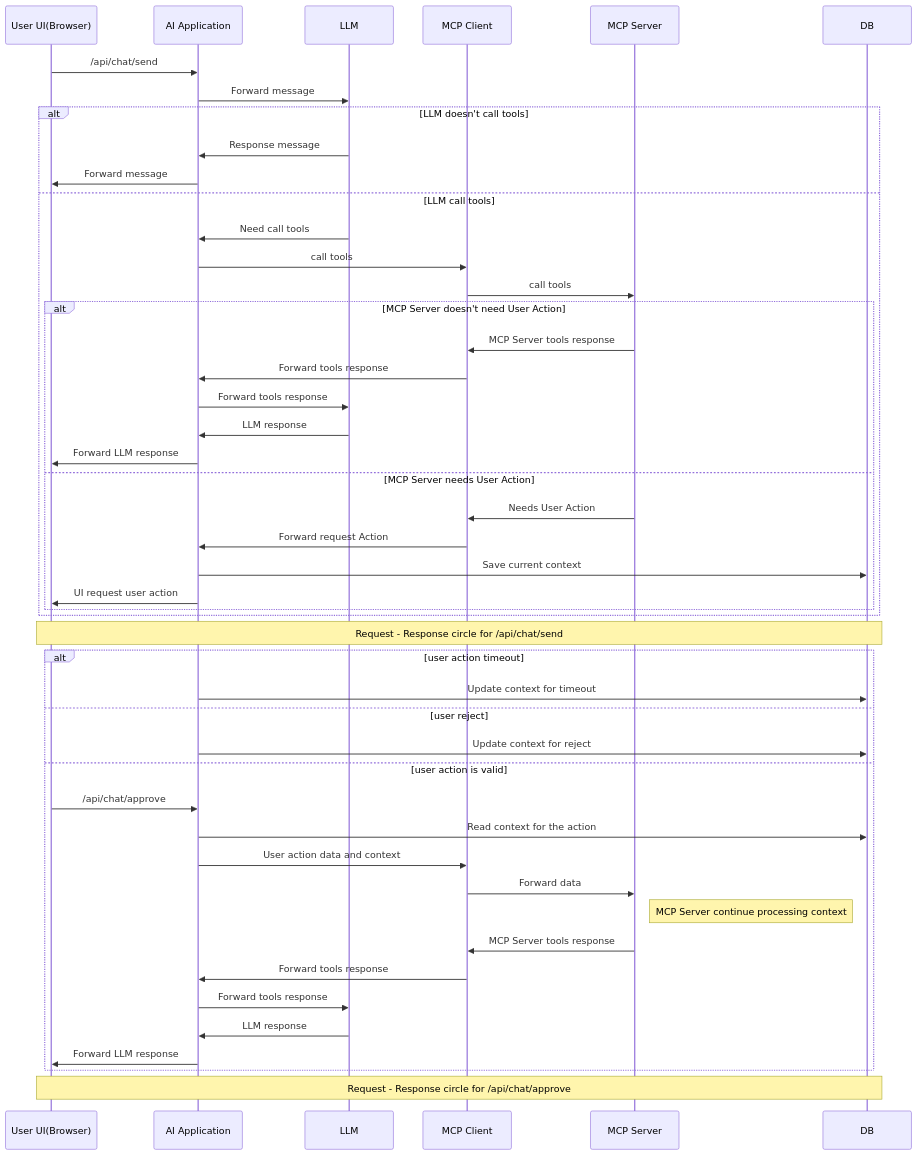
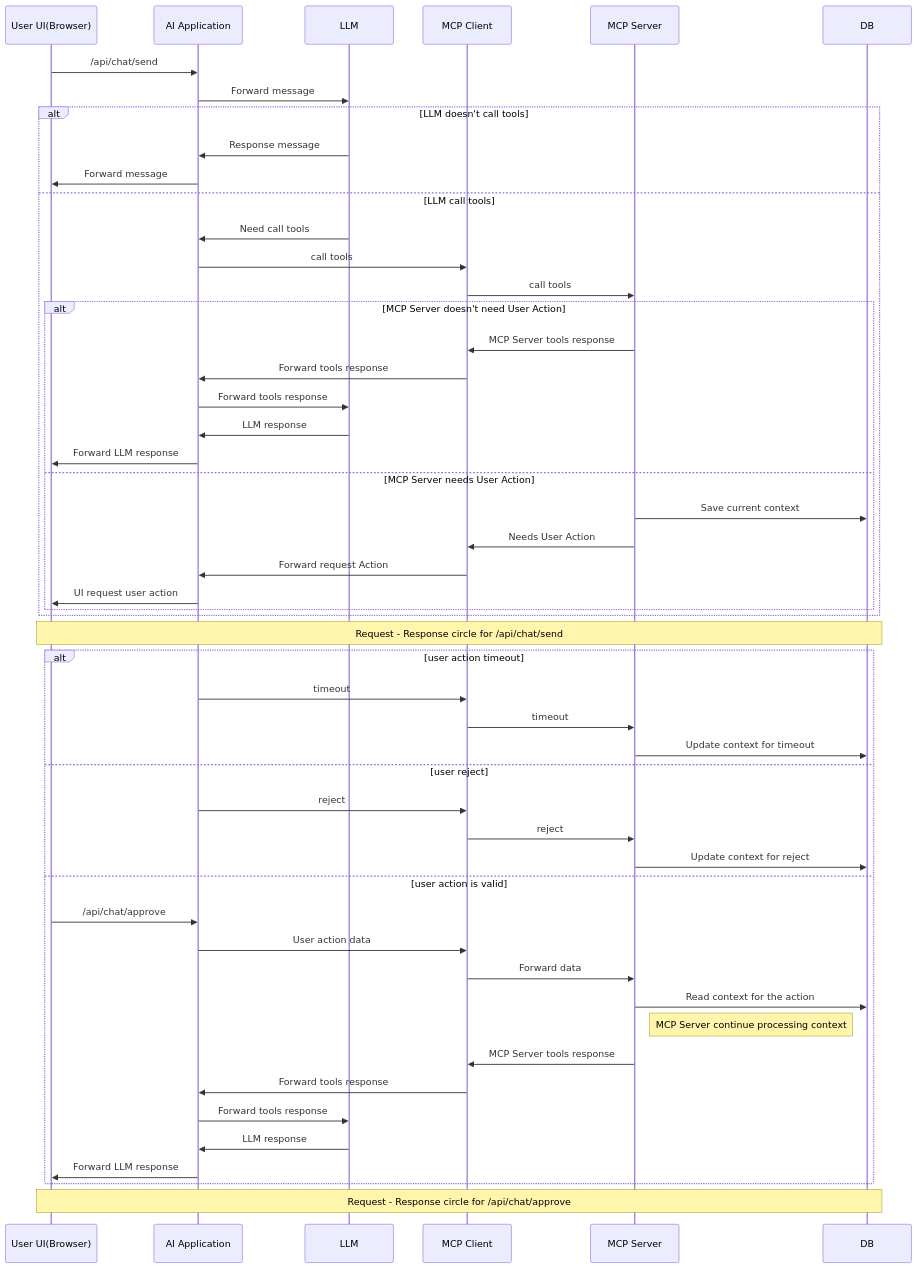
The diagram in README.md (lehung1109/chatbot-groq), drawn with Mermaid before and after one commit.

Commit message:
Refactor README.md to update context handling in the sequence diagram, replacing direct database interactions with MCP Client and Server communications for user actions and timeouts.

````diff
--- a/README.md
+++ b/README.md
@@ -57,44 +57,48 @@
 ```mermaid
 sequenceDiagram
     participant User as User UI(Browser)
     User->>AI Application:/api/chat/send
     AI Application->>LLM:Forward message
     alt LLM doesn't call tools
         LLM->>AI Application:Response message
         AI Application->>User:Forward message
     else LLM call tools
         LLM->>AI Application:Need call tools
         AI Application->>MCP Client:call tools
         MCP Client->>MCP Server: call tools
         alt MCP Server doesn't need User Action
             MCP Server->>MCP Client:MCP Server tools response
             MCP Client->>AI Application:Forward tools response
             AI Application->>LLM:Forward tools response
             LLM->>AI Application:LLM response
             AI Application->>User:Forward LLM response
         else MCP Server needs User Action
+            MCP Server->>DB:Save current context
             MCP Server->>MCP Client:Needs User Action
             MCP Client->>AI Application:Forward request Action
-            AI Application->>DB:Save current context
             AI Application->>User:UI request user action
         end
     end
     Note over User,DB: Request - Response circle for /api/chat/send
     alt user action timeout
-        AI Application->>DB:Update context for timeout
+        AI Application->>MCP Client:timeout
+        MCP Client->>MCP Server:timeout
+        MCP Server->>DB:Update context for timeout
     else user reject
-        AI Application->>DB:Update context for reject
+        AI Application->>MCP Client:reject
+        MCP Client->>MCP Server:reject
+        MCP Server->>DB:Update context for reject
     else user action is valid
         User->>AI Application:/api/chat/approve
-        AI Application->>DB:Read context for the action
-        AI Application->>MCP Client:User action data and context
+        AI Application->>MCP Client:User action data
         MCP Client->>MCP Server:Forward data
+        MCP Server->>DB:Read context for the action
         Note right of MCP Server:MCP Server continue processing context
         MCP Server->>MCP Client:MCP Server tools response
         MCP Client->>AI Application:Forward tools response
         AI Application->>LLM:Forward tools response
         LLM->>AI Application:LLM response
         AI Application->>User:Forward LLM response
     end
     Note over User,DB: Request - Response circle for /api/chat/approve
 ```
````
